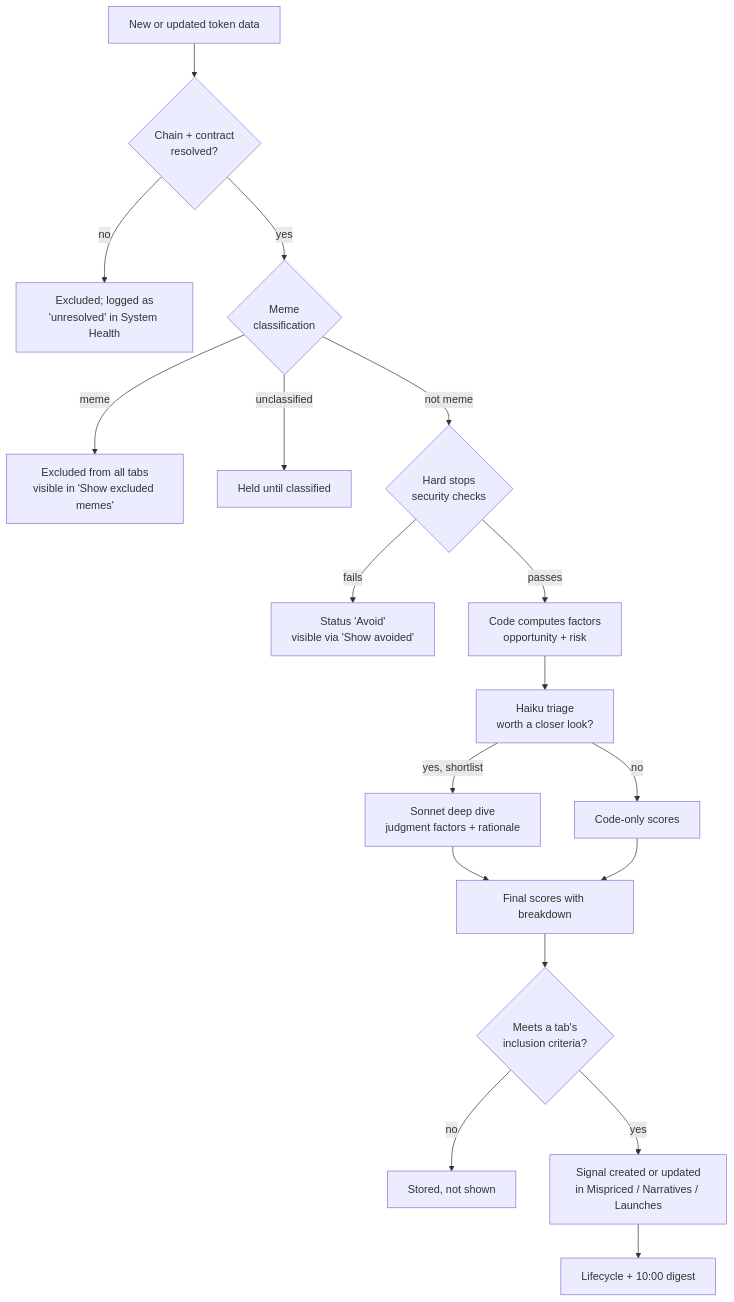
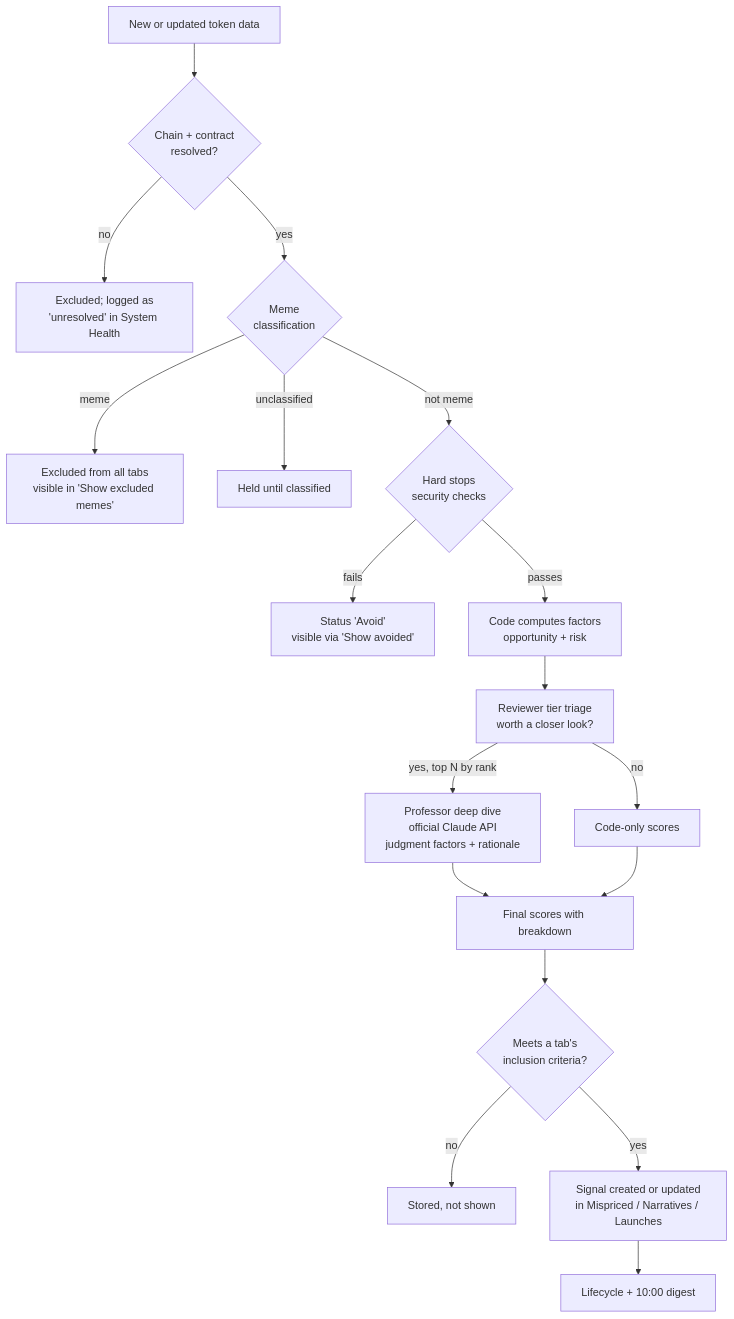
Before and after one commit to perpleksl/Tidewatch: the diagram in diagrams/flow-scoring-funnel.md, drawn with Mermaid. The commit also changed other lines of this file and 4 other files, not shown here.

First line of the commit message:
docs: add AD9 tiered AI design (workers, reviewer, professor)

````diff
--- a/diagrams/flow-scoring-funnel.md
+++ b/diagrams/flow-scoring-funnel.md
@@ -5,20 +5,20 @@
 ```mermaid
 flowchart TD
     A[New or updated token data] --> B{Chain + contract<br/>resolved?}
     B -- no --> B1[Excluded; logged as<br/>'unresolved' in System Health]
     B -- yes --> C{Meme<br/>classification}
     C -- meme --> C1[Excluded from all tabs<br/>visible in 'Show excluded memes']
     C -- unclassified --> C2[Held until classified]
     C -- not meme --> D{Hard stops<br/>security checks}
     D -- fails --> D1[Status 'Avoid'<br/>visible via 'Show avoided']
     D -- passes --> E[Code computes factors<br/>opportunity + risk]
-    E --> F[Haiku triage<br/>worth a closer look?]
+    E --> F[Reviewer tier triage<br/>worth a closer look?]
     F -- no --> G[Code-only scores]
-    F -- yes, shortlist --> H[Sonnet deep dive<br/>judgment factors + rationale]
+    F -- yes, top N by rank --> H[Professor deep dive<br/>official Claude API<br/>judgment factors + rationale]
     H --> I[Final scores with breakdown]
     G --> I
     I --> J{Meets a tab's<br/>inclusion criteria?}
     J -- no --> K[Stored, not shown]
     J -- yes --> L[Signal created or updated<br/>in Mispriced / Narratives / Launches]
     L --> M[Lifecycle + 10:00 digest]
 ```
````
